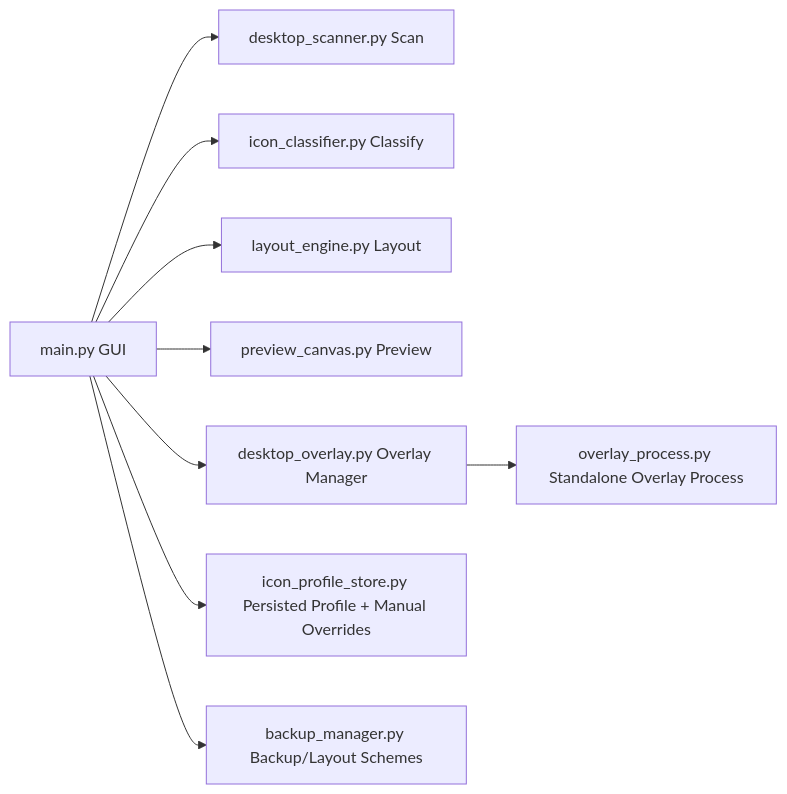
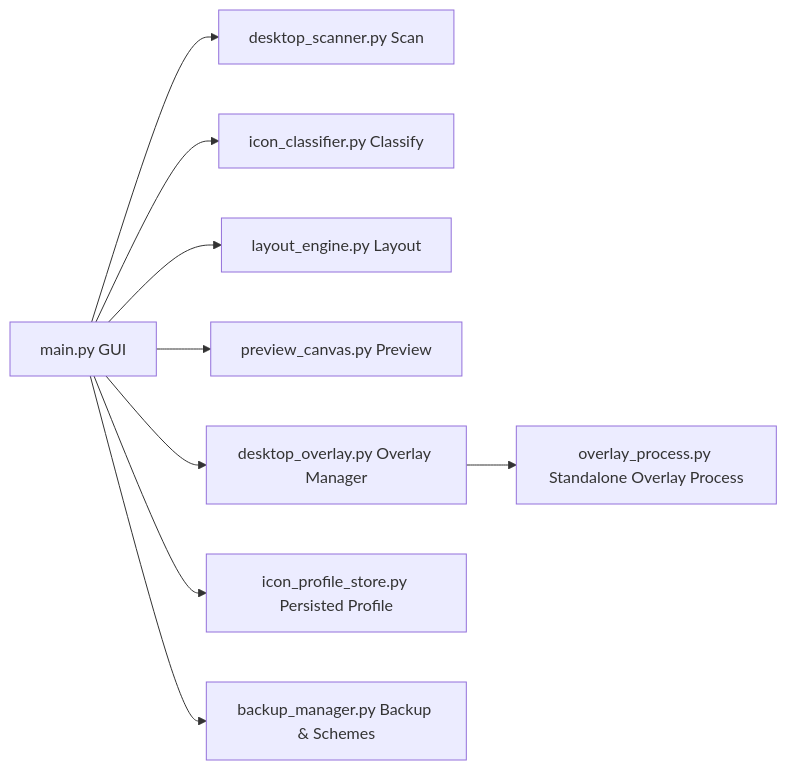
The diagram in README.en.md (sakura-love/desktop-icon-organizer-master), drawn with Mermaid before and after one commit. The commit also changed other lines of this file and 1 other file, not shown here.

````diff
--- a/README.en.md
+++ b/README.en.md
@@ -112,11 +149,11 @@
 ```mermaid
 flowchart LR
     A[main.py GUI] --> B[desktop_scanner.py Scan]
     A --> C[icon_classifier.py Classify]
     A --> D[layout_engine.py Layout]
     A --> E[preview_canvas.py Preview]
     A --> F[desktop_overlay.py Overlay Manager]
     F --> G[overlay_process.py Standalone Overlay Process]
-    A --> H[icon_profile_store.py Persisted Profile + Manual Overrides]
-    A --> I[backup_manager.py Backup/Layout Schemes]
+    A --> H[icon_profile_store.py Persisted Profile]
+    A --> I[backup_manager.py Backup & Schemes]
 ```
````
